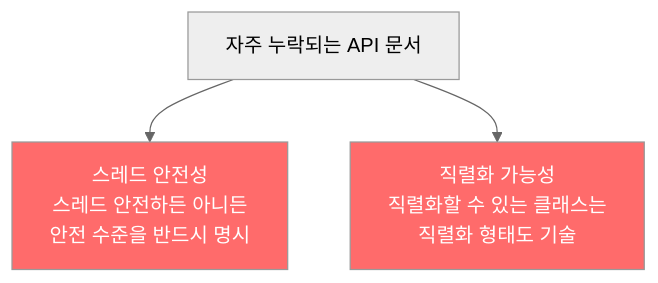
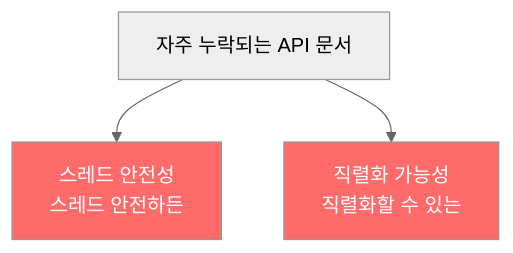
The second of 2 diagrams in _posts/java/2022-02-08-effective-java56.md (yjkim2015/yjkim2015.github.io), drawn with Mermaid (neutral theme) before and after one commit. The commit also changed other lines of this file and 271 other files, not shown here.

First line of the commit message:
Mermaid 라벨 축소: 긴 노드 텍스트 18자 이하로 트림 + \n 제거

````diff
--- a/_posts/java/2022-02-08-effective-java56.md
+++ b/_posts/java/2022-02-08-effective-java56.md
@@ -178,7 +178,7 @@
 ```mermaid
 graph TD
-    A["자주 누락되는 API 문서"] --> B["스레드 안전성\n스레드 안전하든 아니든\n안전 수준을 반드시 명시"]
-    A --> C["직렬화 가능성\n직렬화할 수 있는 클래스는\n직렬화 형태도 기술"]
+    A["자주 누락되는 API 문서"] --> B["스레드 안전성\n스레드 안전하든"]
+    A --> C["직렬화 가능성\n직렬화할 수 있는"]
     style B fill:#ff6b6b,color:#fff
     style C fill:#ff6b6b,color:#fff
 ```
````
